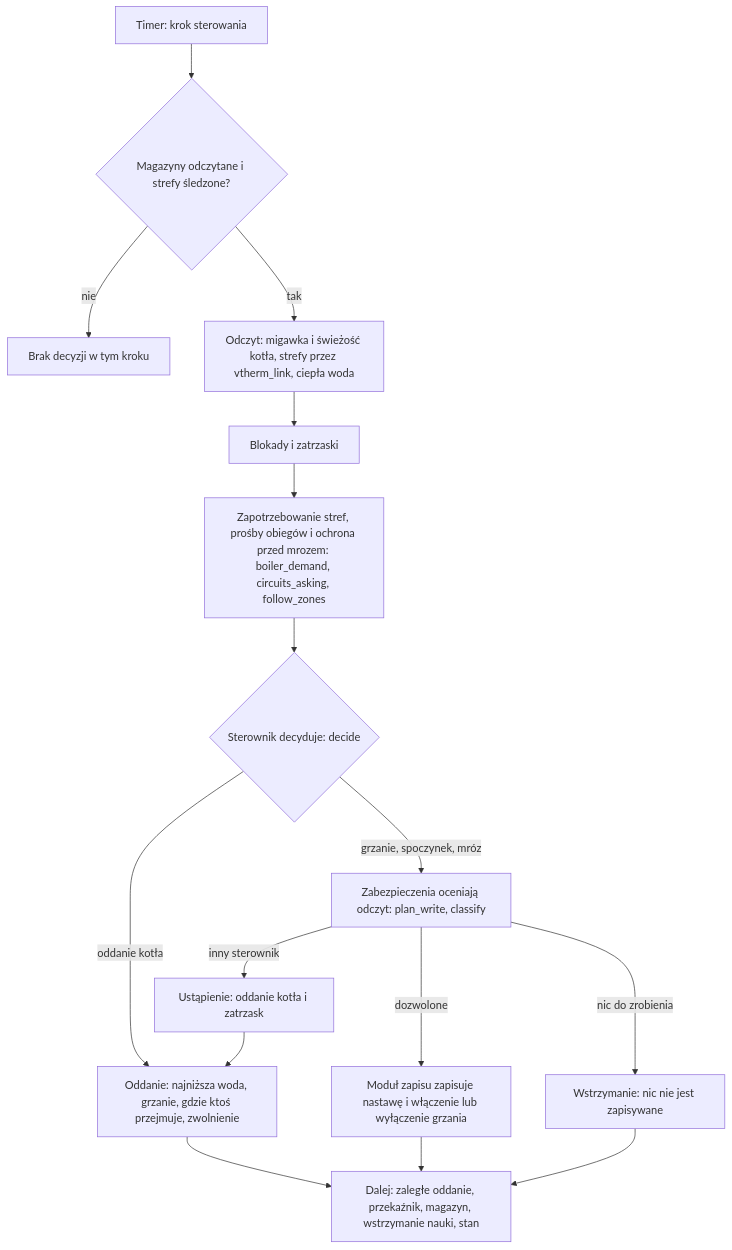
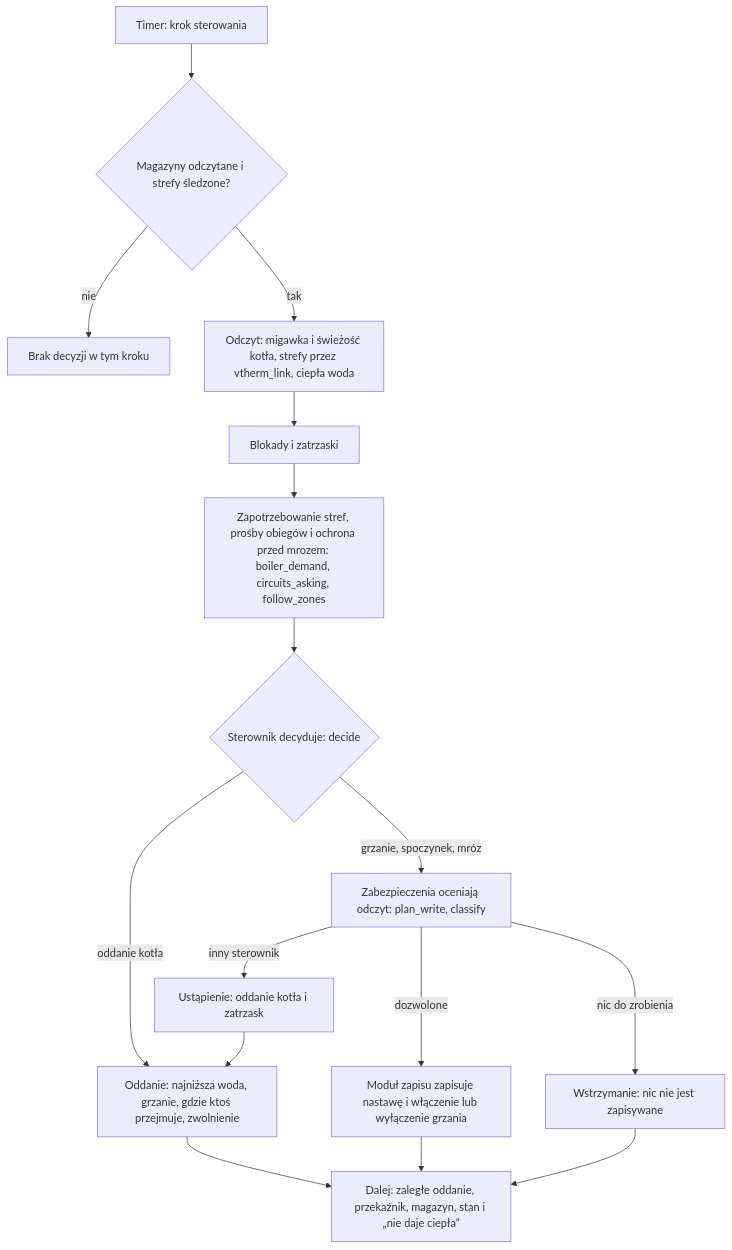
The diagram in docs/pl/technical/technical.md (Shadow-230/vtherm-smart-boiler), drawn with Mermaid before and after one commit. The commit also changed other lines of this file and 68 other files, not shown here.

````diff
--- a/docs/pl/technical/technical.md
+++ b/docs/pl/technical/technical.md
@@ -232,18 +238,18 @@
 ```mermaid
 flowchart TD
     A["Timer: krok sterowania"] --> B{"Magazyny odczytane i strefy śledzone?"}
     B -->|"nie"| Z["Brak decyzji w tym kroku"]
     B -->|"tak"| C["Odczyt: migawka i świeżość kotła, strefy przez vtherm_link, ciepła woda"]
     C --> D["Blokady i zatrzaski"]
     D --> E["Zapotrzebowanie stref, prośby obiegów i ochrona przed mrozem: boiler_demand, circuits_asking, follow_zones"]
     E --> F{"Sterownik decyduje: decide"}
     F -->|"oddanie kotła"| H["Oddanie: najniższa woda, grzanie, gdzie ktoś przejmuje, zwolnienie"]
     F -->|"grzanie, spoczynek, mróz"| G["Zabezpieczenia oceniają odczyt: plan_write, classify"]
     G -->|"inny sterownik"| S["Ustąpienie: oddanie kotła i zatrzask"]
     S --> H
     G -->|"dozwolone"| W["Moduł zapisu zapisuje nastawę i włączenie lub wyłączenie grzania"]
     G -->|"nic do zrobienia"| K["Wstrzymanie: nic nie jest zapisywane"]
-    W --> F2["Dalej: zaległe oddanie, przekaźnik, magazyn, wstrzymanie nauki, stan"]
+    W --> F2["Dalej: zaległe oddanie, przekaźnik, magazyn, stan i „nie daje ciepła”"]
     K --> F2
     H --> F2
 ```
````
